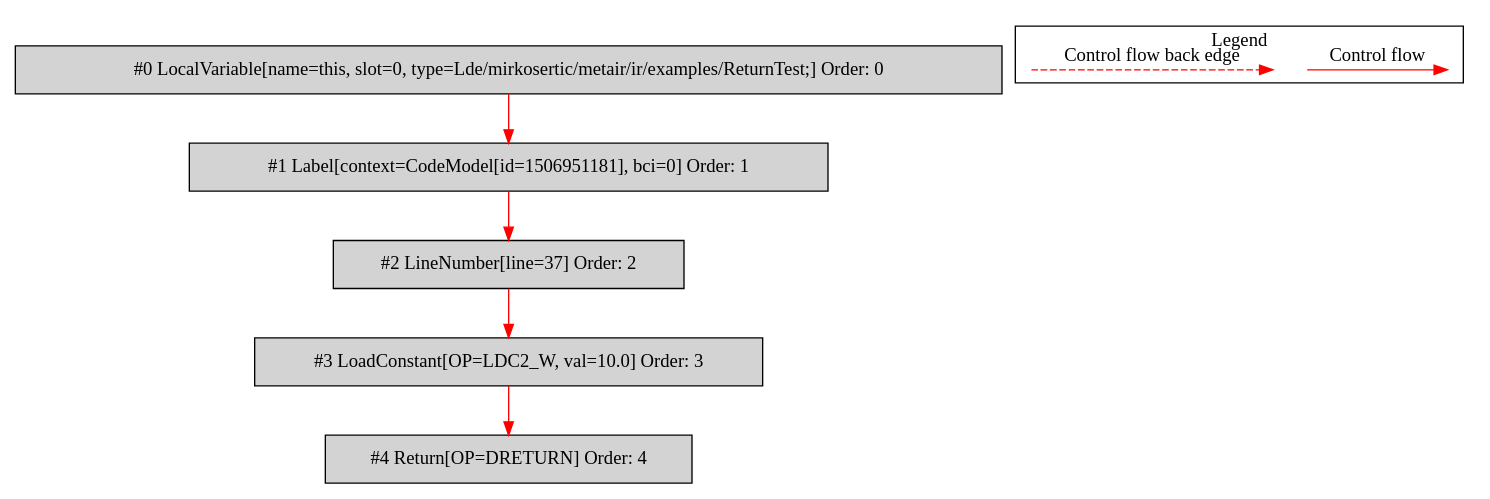
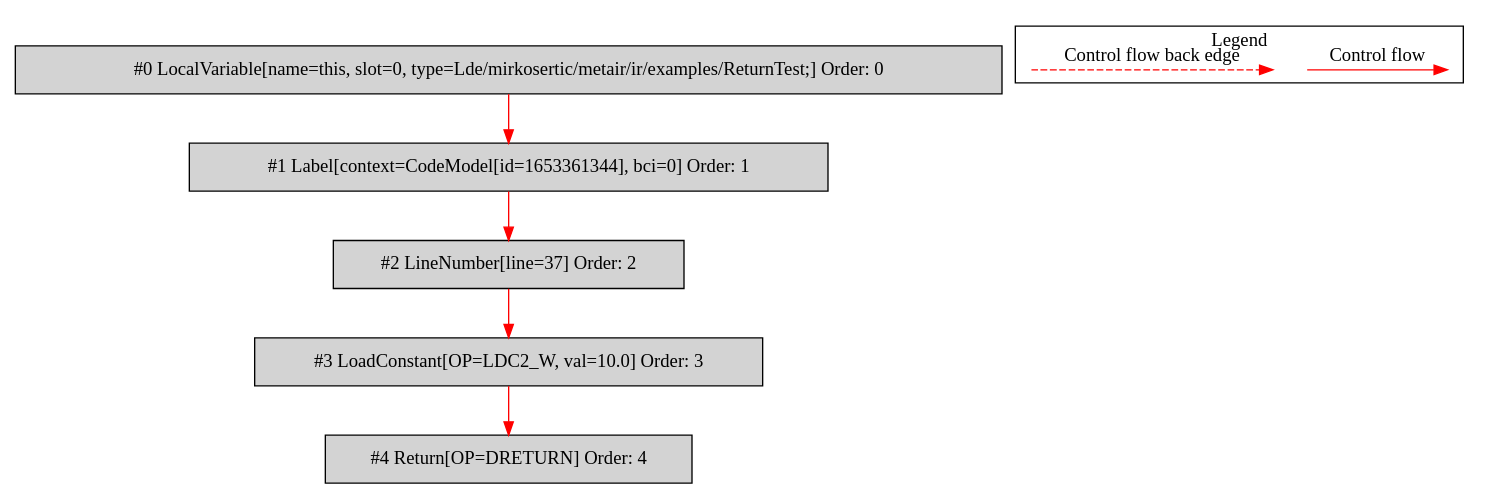
Before and after one commit to mirkosertic/MetaIR: the diagram in de.mirkosertic.metair.ir.examples.ReturnTest/returnDouble/bytecodecfg.dot, drawn with Graphviz. The commit also changed 427 other files, not shown here.

```diff
--- a/de.mirkosertic.metair.ir.examples.ReturnTest/returnDouble/bytecodecfg.dot
+++ b/de.mirkosertic.metair.ir.examples.ReturnTest/returnDouble/bytecodecfg.dot
@@ -1,26 +1,26 @@
 digraph {
  ordering="in";
  node0[label="#0 LocalVariable[name=this, slot=0, type=Lde/mirkosertic/metair/ir/examples/ReturnTest;] Order: 0", shape=box, fillcolor=lightgrey, style=filled];
- node1[label="#1 Label[context=CodeModel[id=1506951181], bci=0] Order: 1", shape=box, fillcolor=lightgrey, style=filled];
+ node1[label="#1 Label[context=CodeModel[id=1653361344], bci=0] Order: 1", shape=box, fillcolor=lightgrey, style=filled];
  node2[label="#2 LineNumber[line=37] Order: 2", shape=box, fillcolor=lightgrey, style=filled];
  node3[label="#3 LoadConstant[OP=LDC2_W, val=10.0] Order: 3", shape=box, fillcolor=lightgrey, style=filled];
  node4[label="#4 Return[OP=DRETURN] Order: 4", shape=box, fillcolor=lightgrey, style=filled];
  node0 -> node1[color=red];
  node1 -> node2[color=red];
  node2 -> node3[color=red];
  node3 -> node4[color=red];
  subgraph cluster_000 {
   label = "Legend";
   node [shape=point]
   {
    rank=same;
    c0 [style = invis];
    c1 [style = invis];
    c2 [style = invis];
    c3 [style = invis];
   }
   c0 -> c1 [label="Control flow", style=solid, color=red]
   c2 -> c3 [label="Control flow back edge", style=dashed, color=red]
  }
 
 }
```
